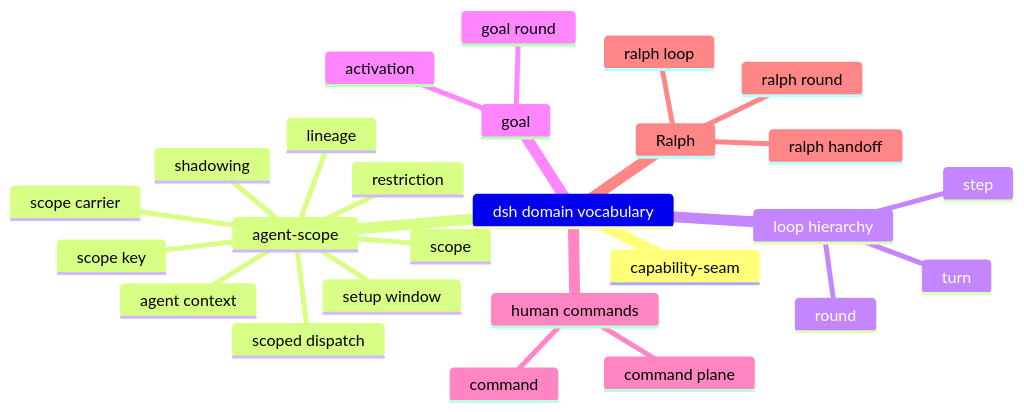
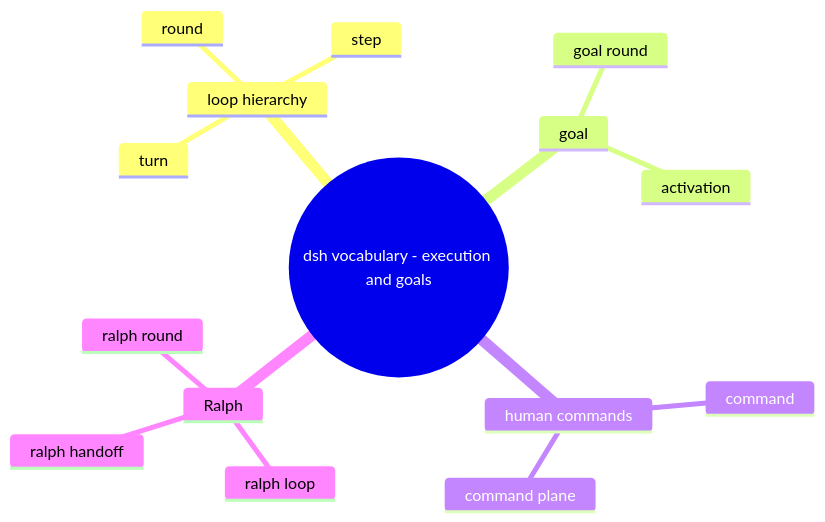
One commit to yanqd0/dsh-dev-dsh changed the second of 2 diagrams in skill/references/dsh/domain-vocabulary.md. Above: the diagram before and after it, drawn with Mermaid. The commit also changed other lines of this file and 2 other files, not shown here.

Commit message:
feat(skill): 用 my-mermaid 重绘三张手册图（#47）

````diff
--- a/skill/references/dsh/domain-vocabulary.md
+++ b/skill/references/dsh/domain-vocabulary.md
@@ -24,32 +50,21 @@
 ```mermaid
 ---
-title: 官方术语的域
+title: 运行层级、目标与命令
 ---
 mindmap
-  dsh domain vocabulary
-    capability-seam
-    agent-scope
-      scope
-      scope key
-      agent context
-      scope carrier
-      scoped dispatch
-      shadowing
-      restriction
-      setup window
-      lineage
+  root((dsh vocabulary - execution and goals))
     loop hierarchy
       turn
       step
       round
     goal
       goal round
       activation
     human commands
       command
       command plane
     Ralph
       ralph loop
       ralph round
       ralph handoff
 ```
````
